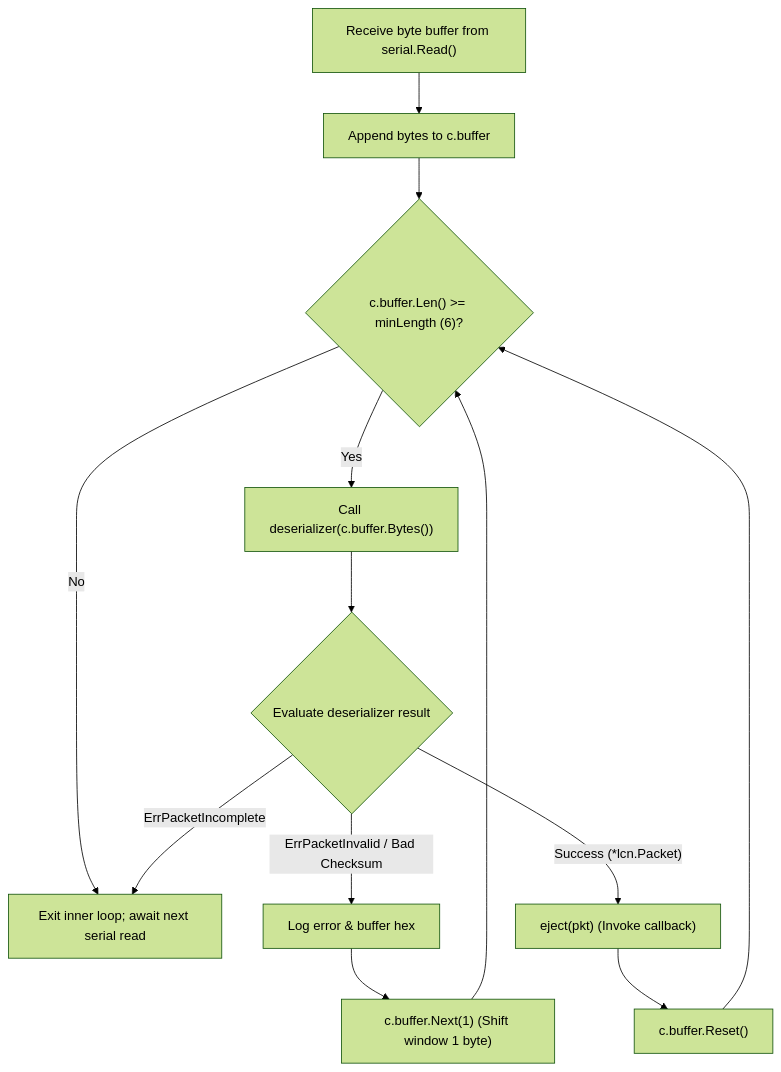
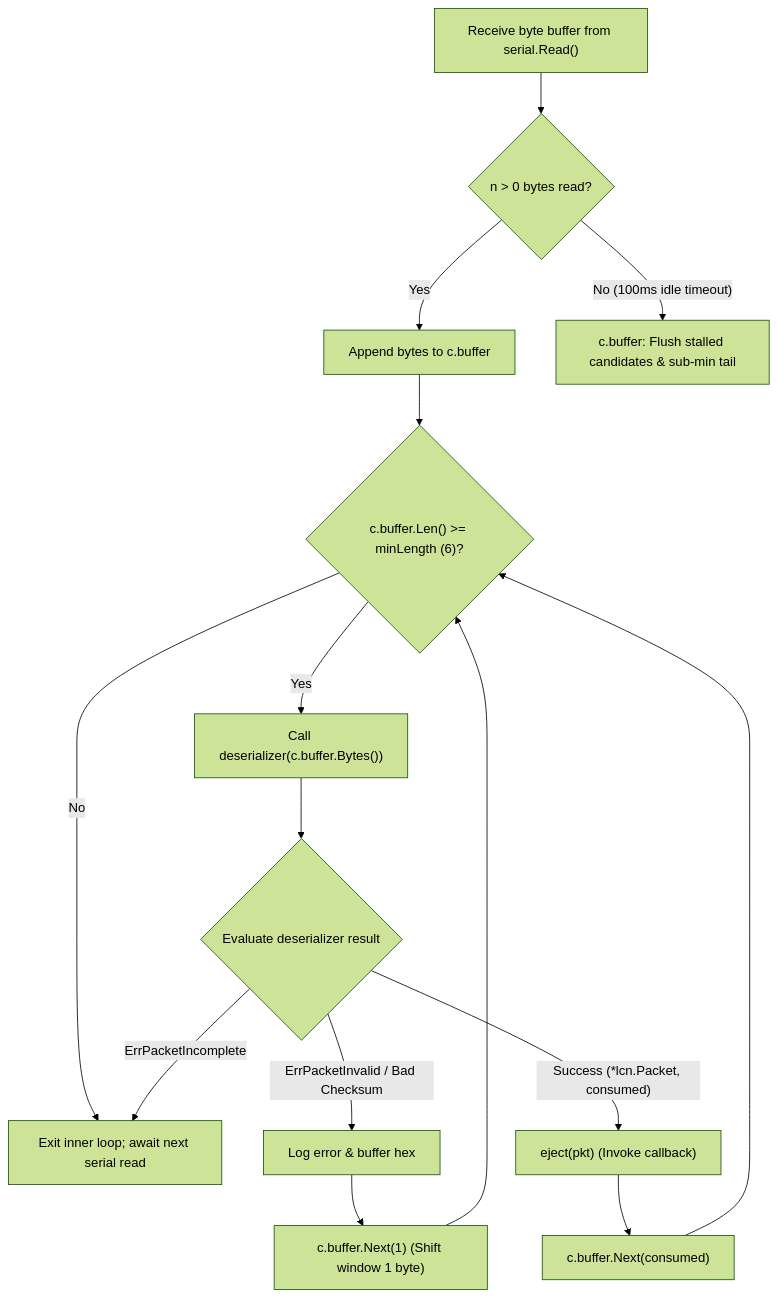
The third of 3 diagrams in docs/ARCHITECTURE.md (MyChaOS87/reverseLCN), drawn with Mermaid (forest theme) before and after one commit. The commit also changed other lines of this file and 6 other files, not shown here.

First line of the commit message:
chore(docs): update architecture, conventions, and testing documentation

````diff
--- a/docs/ARCHITECTURE.md
+++ b/docs/ARCHITECTURE.md
@@ -135,19 +140,21 @@
 ```mermaid
 flowchart TD
-    Start["Receive byte buffer from serial.Read()"] --> Append["Append bytes to c.buffer"]
+    Start["Receive byte buffer from serial.Read()"] --> CheckRead{"n > 0 bytes read?"}
+    CheckRead -- Yes --> Append["Append bytes to c.buffer"]
+    CheckRead -- "No (100ms idle timeout)" --> Flush["c.buffer: Flush stalled candidates & sub-min tail"]
     Append --> CheckLen{"c.buffer.Len() >= minLength (6)?"}
     
     CheckLen -- No --> Wait["Exit inner loop; await next serial read"]
     CheckLen -- Yes --> Deser["Call deserializer(c.buffer.Bytes())"]
     
     Deser --> Result{"Evaluate deserializer result"}
     
     Result -- "ErrPacketIncomplete" --> Wait
     Result -- "ErrPacketInvalid / Bad Checksum" --> Log["Log error & buffer hex"]
     Log --> Shift["c.buffer.Next(1) (Shift window 1 byte)"]
     Shift --> CheckLen
     
-    Result -- "Success (*lcn.Packet)" --> Eject["eject(pkt) (Invoke callback)"]
-    Eject --> Reset["c.buffer.Reset()"]
-    Reset --> CheckLen
+    Result -- "Success (*lcn.Packet, consumed)" --> Eject["eject(pkt) (Invoke callback)"]
+    Eject --> Advance["c.buffer.Next(consumed)"]
+    Advance --> CheckLen
 ```
````
